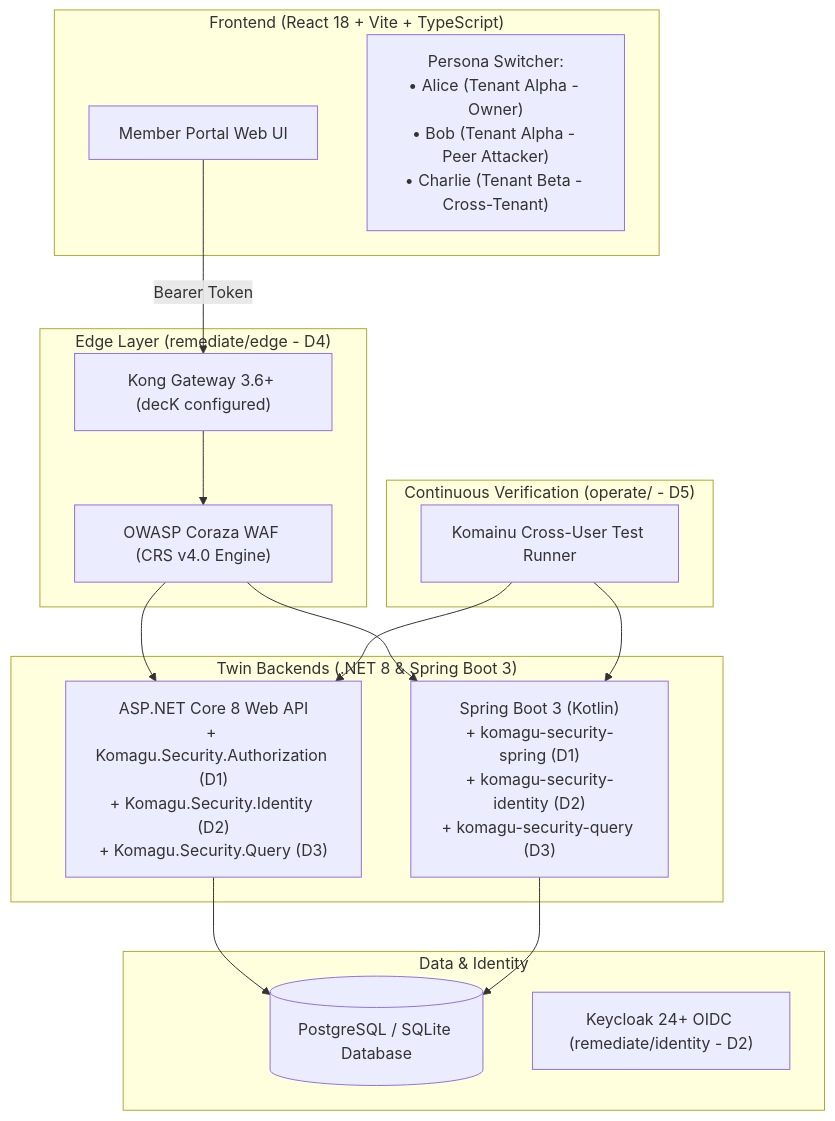
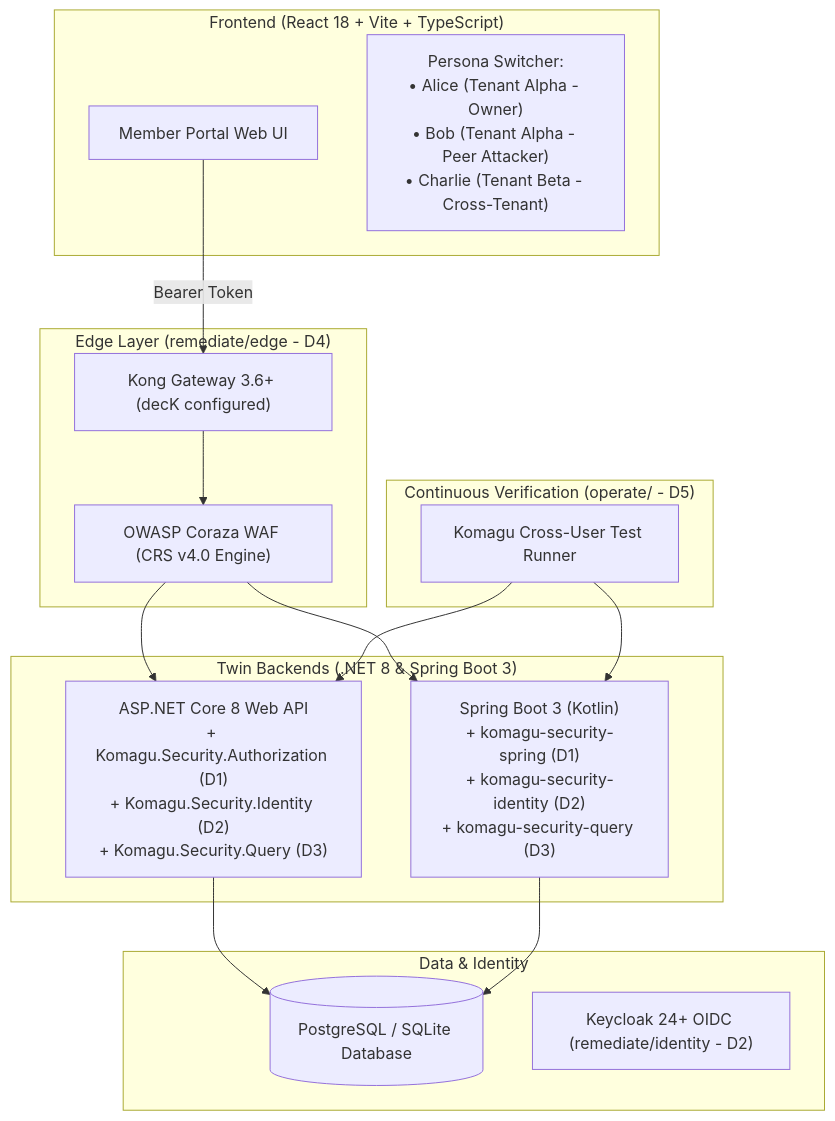
The diagram in examples/member-portal/README.md (hoanghainh1188/komagu), drawn with Mermaid before and after one commit. The commit also changed other lines of this file and 56 other files, not shown here.

````diff
--- a/examples/member-portal/README.md
+++ b/examples/member-portal/README.md
@@ -9,31 +9,31 @@
 ```mermaid
 flowchart TD
     subgraph Client["Frontend (React 18 + Vite + TypeScript)"]
         UI["Member Portal Web UI"]
         Switcher["Persona Switcher:<br>• Alice (Tenant Alpha - Owner)<br>• Bob (Tenant Alpha - Peer Attacker)<br>• Charlie (Tenant Beta - Cross-Tenant)"]
     end
 
     subgraph Edge["Edge Layer (remediate/edge - D4)"]
         Kong["Kong Gateway 3.6+ (decK configured)"]
         Coraza["OWASP Coraza WAF (CRS v4.0 Engine)"]
     end
 
     subgraph Backends["Twin Backends (.NET 8 & Spring Boot 3)"]
         DotNet["ASP.NET Core 8 Web API<br>+ Komagu.Security.Authorization (D1)<br>+ Komagu.Security.Identity (D2)<br>+ Komagu.Security.Query (D3)"]
         Spring["Spring Boot 3 (Kotlin)<br>+ komagu-security-spring (D1)<br>+ komagu-security-identity (D2)<br>+ komagu-security-query (D3)"]
     end
 
     subgraph Storage["Data & Identity"]
         DB[("PostgreSQL / SQLite Database")]
         Keycloak["Keycloak 24+ OIDC (remediate/identity - D2)"]
     end
 
     UI -->|"Bearer Token"| Kong
     Kong --> Coraza
     Coraza --> DotNet & Spring
     DotNet & Spring --> DB
 
     subgraph CI["Continuous Verification (operate/ - D5)"]
-        D5["Komainu Cross-User Test Runner"] --> DotNet & Spring
+        D5["Komagu Cross-User Test Runner"] --> DotNet & Spring
     end
 ```
````
